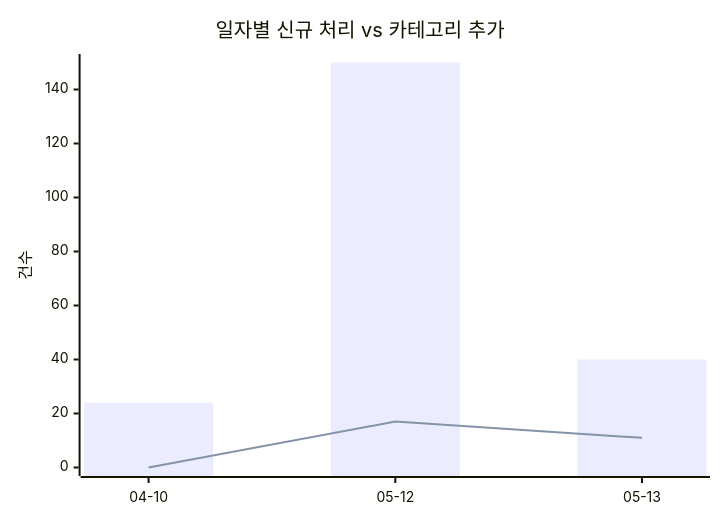
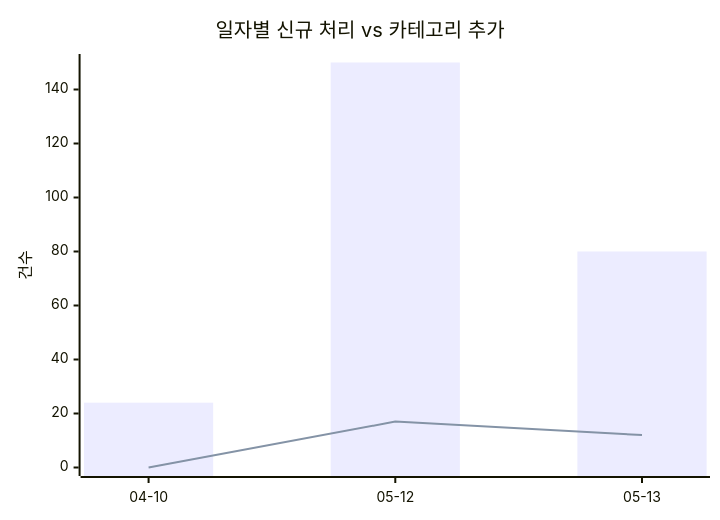
The first of 2 diagrams in docs/trends.md (J-nowcow/awesome-korean-agent-skills), drawn with Mermaid before and after one commit. The commit also changed other lines of this file and 3 other files, not shown here.

````diff
--- a/docs/trends.md
+++ b/docs/trends.md
@@ -32,8 +32,8 @@
 ```mermaid
 xychart-beta
     title "일자별 신규 처리 vs 카테고리 추가"
     x-axis ["04-10","05-12","05-13"]
     y-axis "건수"
-    bar [24,150,40]
-    line [0,17,11]
+    bar [24,150,80]
+    line [0,17,12]
 ```
````
